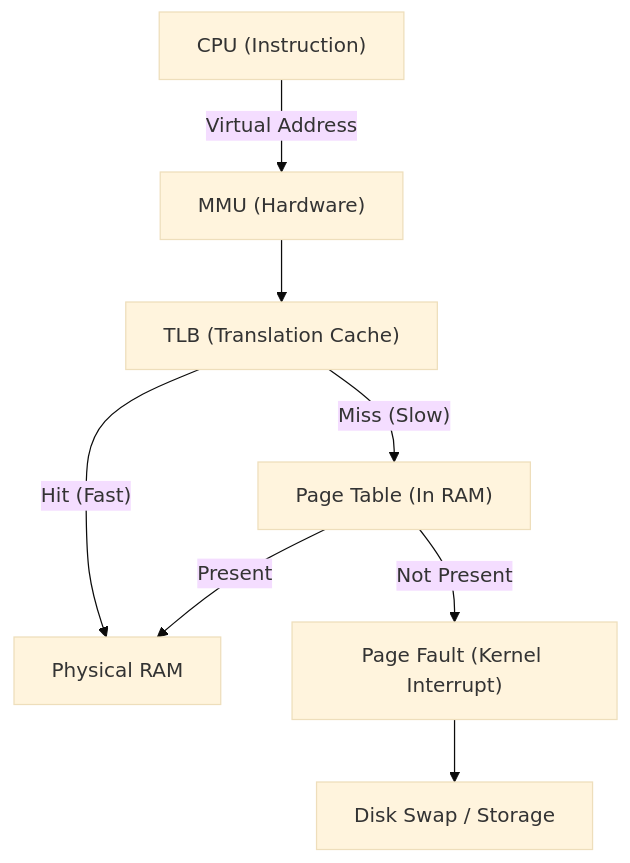
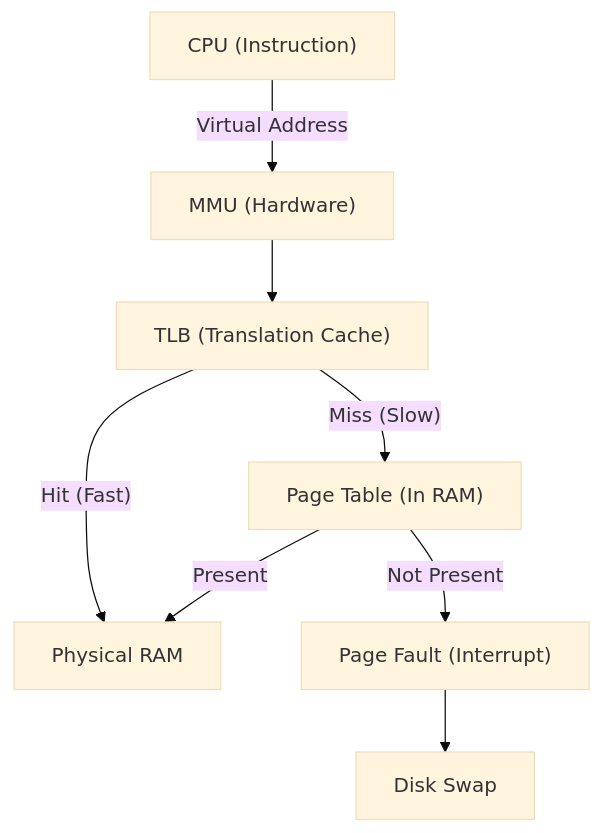
One commit to fazleyrabby/backend-engineering-mastery changed the diagram in cs-fundamentals/01_cpu_memory_os_execution.md. Above: the diagram before and after it, drawn with Mermaid (base theme). The commit also changed other lines of this file and 15 other files, not shown here.

````diff
--- a/cs-fundamentals/01_cpu_memory_os_execution.md
+++ b/cs-fundamentals/01_cpu_memory_os_execution.md
@@ -91,12 +78,12 @@
 ```mermaid
 flowchart TD
     CPU["CPU (Instruction)"] -->|Virtual Address| MMU["MMU (Hardware)"]
     MMU --> TLB["TLB (Translation Cache)"]
     
     TLB -- "Hit (Fast)" --> RAM["Physical RAM"]
     TLB -- "Miss (Slow)" --> PageTable["Page Table (In RAM)"]
     
     PageTable -- "Present" --> RAM
-    PageTable -- "Not Present" --> PageFault["Page Fault (Kernel Interrupt)"]
-    PageFault --> Disk["Disk Swap / Storage"]
+    PageTable -- "Not Present" --> PageFault["Page Fault (Interrupt)"]
+    PageFault --> Disk["Disk Swap"]
 ```
````
